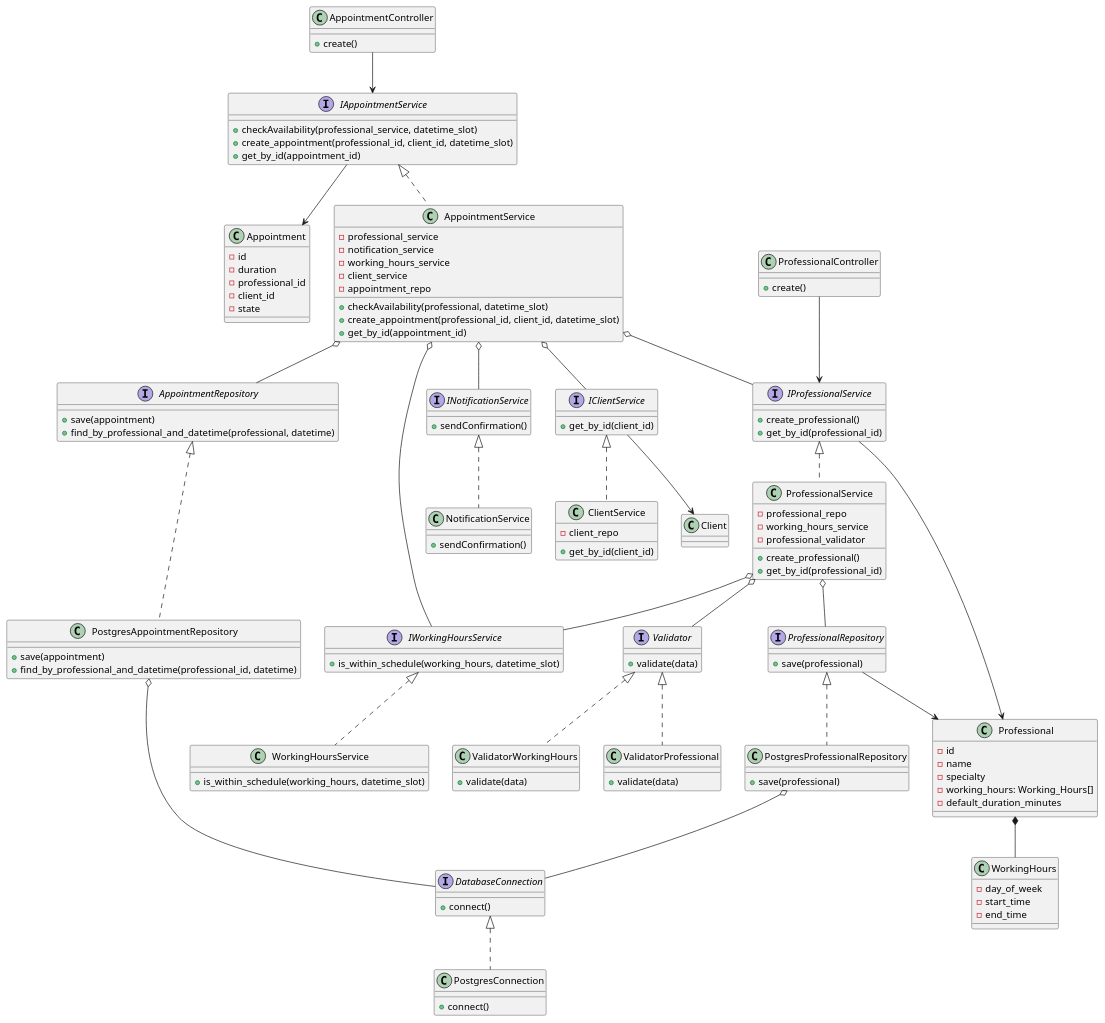
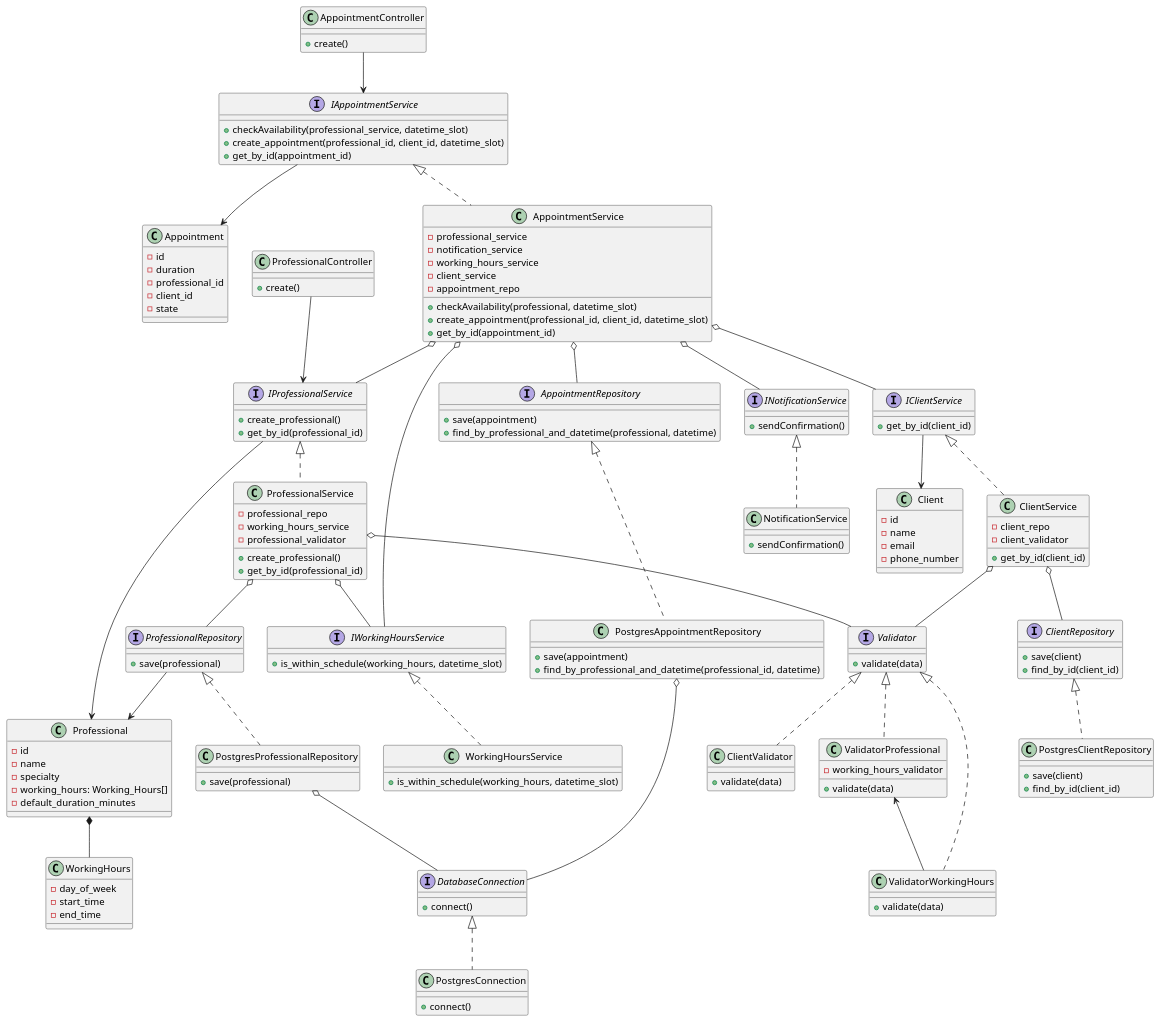
One commit to FranciscoAntonelli/appointment-system changed the diagram in docs/diagram.puml. Above: the diagram before and after it, drawn with PlantUML. The commit also changed 2 other files, not shown here.

Commit message:
actualizando cliente y service dependency

```diff
--- a/docs/diagram.puml
+++ b/docs/diagram.puml
@@ -1,149 +1,176 @@
 @startuml
 
 class AppointmentController {
     + create()
 }
 AppointmentController --> IAppointmentService
 
 interface IAppointmentService {
     + checkAvailability(professional_service, datetime_slot)
     + create_appointment(professional_id, client_id, datetime_slot)
     + get_by_id(appointment_id)
 }
 IAppointmentService --> Appointment
 
 class AppointmentService implements IAppointmentService{
     - professional_service
     - notification_service
     - working_hours_service
     - client_service
     - appointment_repo
 
     + checkAvailability(professional, datetime_slot)
     + create_appointment(professional_id, client_id, datetime_slot)
     + get_by_id(appointment_id)
 }
 AppointmentService o-- AppointmentRepository
 AppointmentService o-- INotificationService
 AppointmentService o-- IProfessionalService
 AppointmentService o-- IWorkingHoursService
 AppointmentService o-- IClientService
 
-
+class Client {
+    - id
+    - name
+    - email
+    - phone_number
+}
 
 interface IClientService {
     + get_by_id(client_id)
 }
 IClientService --> Client
 
 class ClientService implements IClientService{
     - client_repo
+    - client_validator
 
     + get_by_id(client_id)
+}
+
+
+
+class ClientValidator implements Validator{
+    + validate(data)
+}
+
+ClientService o-- Validator
+ClientService o-- ClientRepository
+
+interface ClientRepository {
+    + save(client)
+    + find_by_id(client_id)
+}
+
+class PostgresClientRepository implements ClientRepository{
+    + save(client)
+    + find_by_id(client_id)
 }
 
 interface AppointmentRepository {
     + save(appointment)
     + find_by_professional_and_datetime(professional, datetime)
 }
 
 class PostgresAppointmentRepository implements AppointmentRepository{
     + save(appointment)
     + find_by_professional_and_datetime(professional_id, datetime)
 }
 PostgresAppointmentRepository o-- DatabaseConnection
 
 class Appointment {
     - id
     - duration
     - professional_id
     - client_id
     - state
 }
 
 interface DatabaseConnection {
     + connect()
 }
 
 class PostgresConnection implements DatabaseConnection {
     + connect()
 }
 
 interface INotificationService {
     + sendConfirmation()
 }
 
 class NotificationService implements INotificationService {
     + sendConfirmation()
 }
 
 class Professional{
     - id
     - name 
     - specialty
     - working_hours: Working_Hours[]
     - default_duration_minutes
 }
 Professional *-- WorkingHours
 
 class WorkingHours {
     - day_of_week
     - start_time
     - end_time
 }
 
 class ProfessionalController {
     + create()
 }
 ProfessionalController --> IProfessionalService
 
 interface IProfessionalService {
     + create_professional()
     + get_by_id(professional_id)
 }
 IProfessionalService --> Professional
 
 class ProfessionalService implements IProfessionalService {
     - professional_repo
     - working_hours_service
     - professional_validator
 
     + create_professional()
     + get_by_id(professional_id)
 }
 ProfessionalService o-- ProfessionalRepository
 ProfessionalService o-- Validator
 ProfessionalService o-- IWorkingHoursService
 
 interface IWorkingHoursService {
     + is_within_schedule(working_hours, datetime_slot)
 }
 
 class WorkingHoursService implements IWorkingHoursService{
     + is_within_schedule(working_hours, datetime_slot)
 }
 
 interface Validator {
     + validate(data)
 }
 
 class ValidatorProfessional implements Validator{
+    - working_hours_validator
     + validate(data)
 }
+ValidatorProfessional <-- ValidatorWorkingHours
 
 class ValidatorWorkingHours implements Validator{
     + validate(data)
 }
 
 interface ProfessionalRepository {
     + save(professional)
 }
 ProfessionalRepository --> Professional
 
 class PostgresProfessionalRepository implements ProfessionalRepository {
     + save(professional)
 }
 
 PostgresProfessionalRepository o-- DatabaseConnection
 
 @enduml
```
